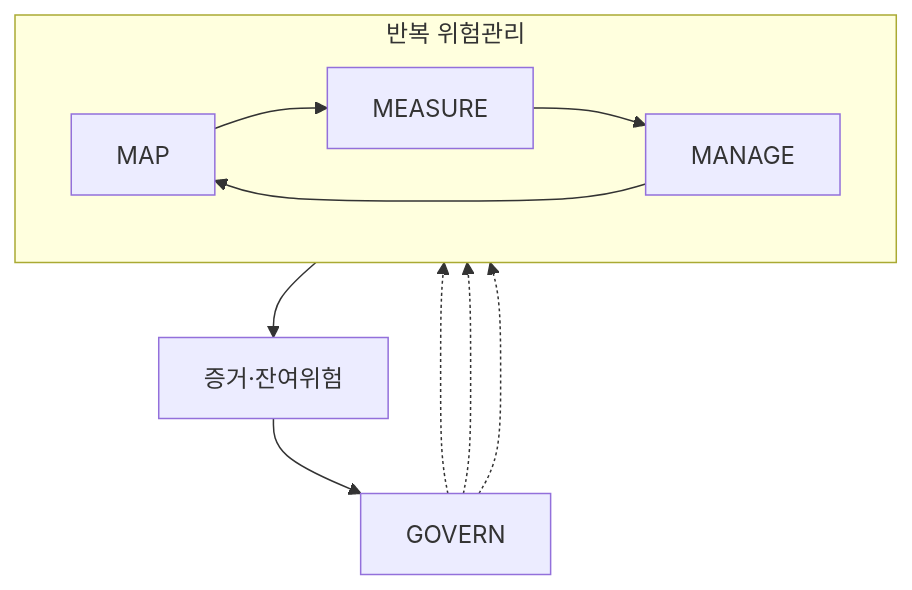
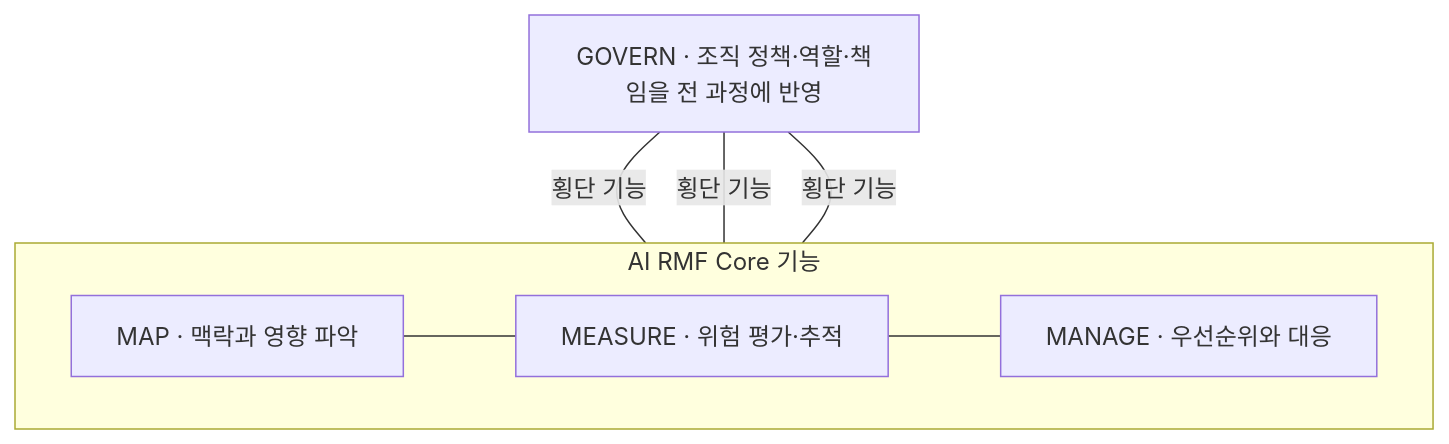
One commit to agnusdei1207/study changed the second of 2 diagrams in src/content/docs/notes/itpe/01-it-strategy/036_nist_ai_rmf.md. Above: the diagram before and after it, drawn with Mermaid. The commit also changed other lines of this file, not shown here.

Commit message:
Revise NIST AI RMF study note

````diff
--- a/src/content/docs/notes/itpe/01-it-strategy/036_nist_ai_rmf.md
+++ b/src/content/docs/notes/itpe/01-it-strategy/036_nist_ai_rmf.md
@@ -106,15 +98,11 @@
 ```mermaid
-flowchart TB
-    G["GOVERN"]
-    subgraph C["반복 위험관리"]
+flowchart TD
+    G["GOVERN · 조직 정책·역할·책임을 전 과정에 반영"]
+    subgraph F["AI RMF Core 기능"]
         direction LR
-        M1["MAP"] --> M2["MEASURE"]
-        M2 --> M3["MANAGE"]
-        M3 --> M1
+        M["MAP · 맥락과 영향 파악"] --- E["MEASURE · 위험 평가·추적"] --- R["MANAGE · 우선순위와 대응"]
     end
-    G -.-> M1
-    G -.-> M2
-    G -.-> M3
-    M3 --> E["증거·잔여위험"]
-    E --> G
+    G ---|횡단 기능| M
+    G ---|횡단 기능| E
+    G ---|횡단 기능| R
 ```
````
